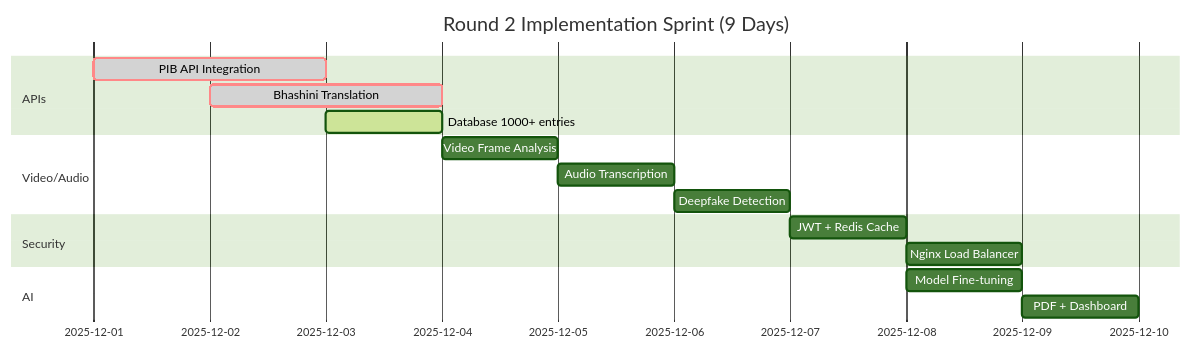
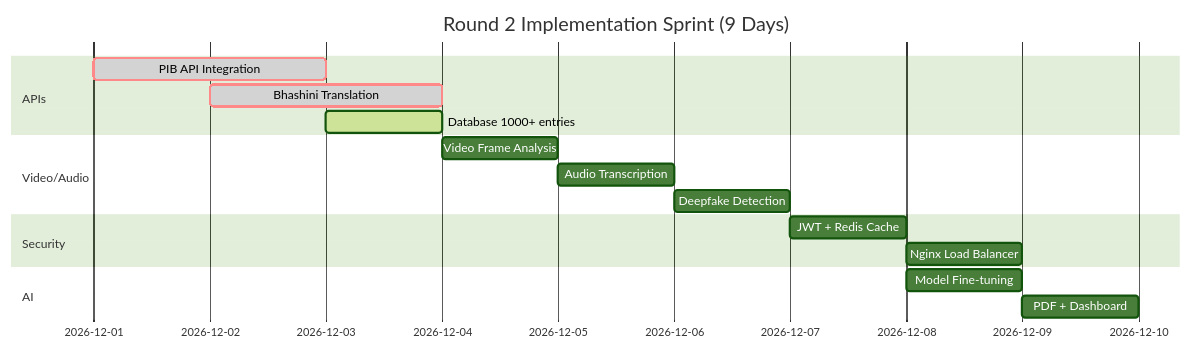
The sixth of 6 diagrams in README.md (KamelSayed/SATYA-DRISHTI), drawn with Mermaid (forest theme) before and after one commit. The commit also changed other lines of this file, not shown here.

````diff
--- a/README.md
+++ b/README.md
@@ -1064,19 +1064,19 @@
 ```mermaid
 gantt
     title Round 2 Implementation Sprint (9 Days)
     dateFormat  YYYY-MM-DD
     section APIs
-    PIB API Integration       :crit, done, api1, 2025-12-01, 2d
-    Bhashini Translation      :crit, done, api2, 2025-12-02, 2d
-    Database 1000+ entries    :active, api3, 2025-12-03, 1d
+    PIB API Integration       :crit, done, api1, 2026-12-01, 2d
+    Bhashini Translation      :crit, done, api2, 2026-12-02, 2d
+    Database 1000+ entries    :active, api3, 2026-12-03, 1d
     section Video/Audio
-    Video Frame Analysis      :video1, 2025-12-04, 1d
-    Audio Transcription       :video2, 2025-12-05, 1d
-    Deepfake Detection        :video3, 2025-12-06, 1d
+    Video Frame Analysis      :video1, 2026-12-04, 1d
+    Audio Transcription       :video2, 2026-12-05, 1d
+    Deepfake Detection        :video3, 2026-12-06, 1d
     section Security
-    JWT + Redis Cache         :sec1, 2025-12-07, 1d
-    Nginx Load Balancer       :sec2, 2025-12-08, 1d
+    JWT + Redis Cache         :sec1, 2026-12-07, 1d
+    Nginx Load Balancer       :sec2, 2026-12-08, 1d
     section AI
-    Model Fine-tuning         :ai1, 2025-12-08, 1d
-    PDF + Dashboard           :report1, 2025-12-09, 1d
+    Model Fine-tuning         :ai1, 2026-12-08, 1d
+    PDF + Dashboard           :report1, 2026-12-09, 1d
 ```
````
